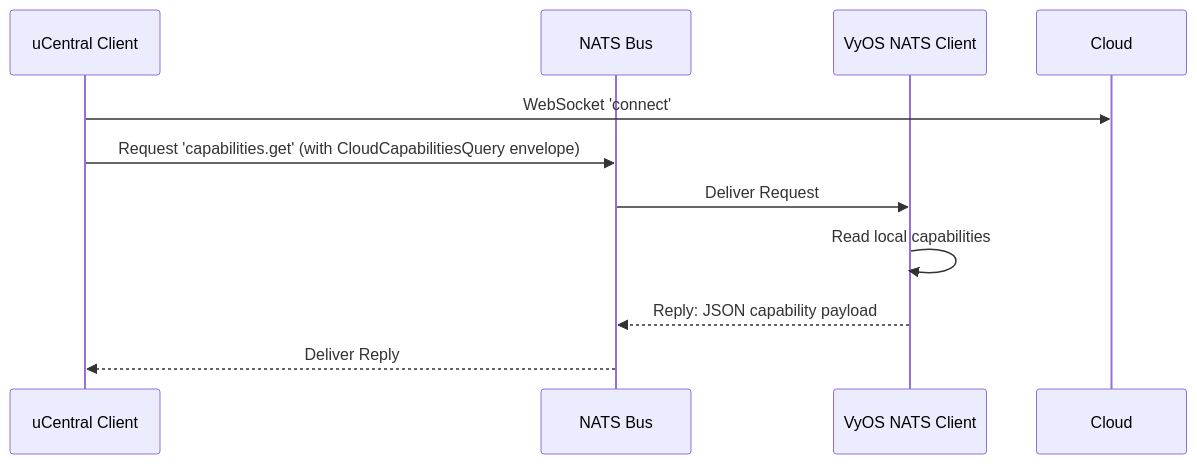
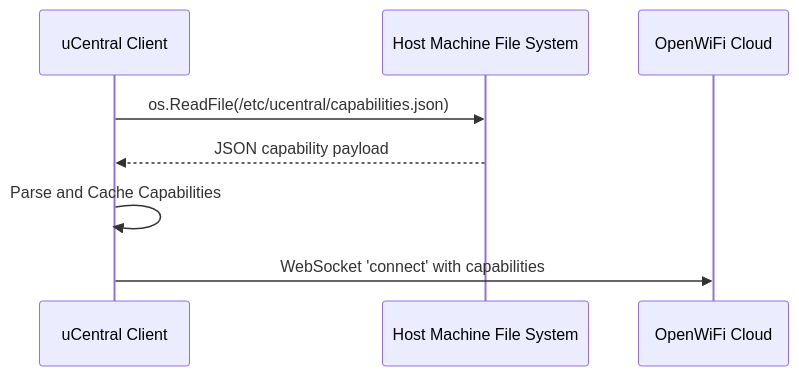
The second of 5 diagrams in HIGH_LEVEL_DESIGN.md (Telecominfraproject/olg-ucentral-client), drawn with Mermaid before and after one commit. The commit also changed other lines of this file and 17 other files, not shown here.

First line of the commit message:
fix(ucentral-client): load hardware identity and capabilities from host-provisioned files

````diff
--- a/HIGH_LEVEL_DESIGN.md
+++ b/HIGH_LEVEL_DESIGN.md
@@ -146,13 +145,11 @@
 ```mermaid
 sequenceDiagram
     participant GoClient as uCentral Client
-    participant NATS as NATS Bus
-    participant VyOS as VyOS NATS Client
+    participant OS as Host Machine File System
+    participant Cloud as OpenWiFi Cloud
 
-    GoClient->>Cloud: WebSocket 'connect'
-    GoClient->>NATS: Request 'capabilities.get' (with CloudCapabilitiesQuery envelope)
-    NATS->>VyOS: Deliver Request
-    VyOS->>VyOS: Read local capabilities
-    VyOS-->>NATS: Reply: JSON capability payload
-    NATS-->>GoClient: Deliver Reply
+    GoClient->>OS: os.ReadFile(/etc/ucentral/capabilities.json)
+    OS-->>GoClient: JSON capability payload
+    GoClient->>GoClient: Parse and Cache Capabilities
+    GoClient->>Cloud: WebSocket 'connect' with capabilities
 ```
````
